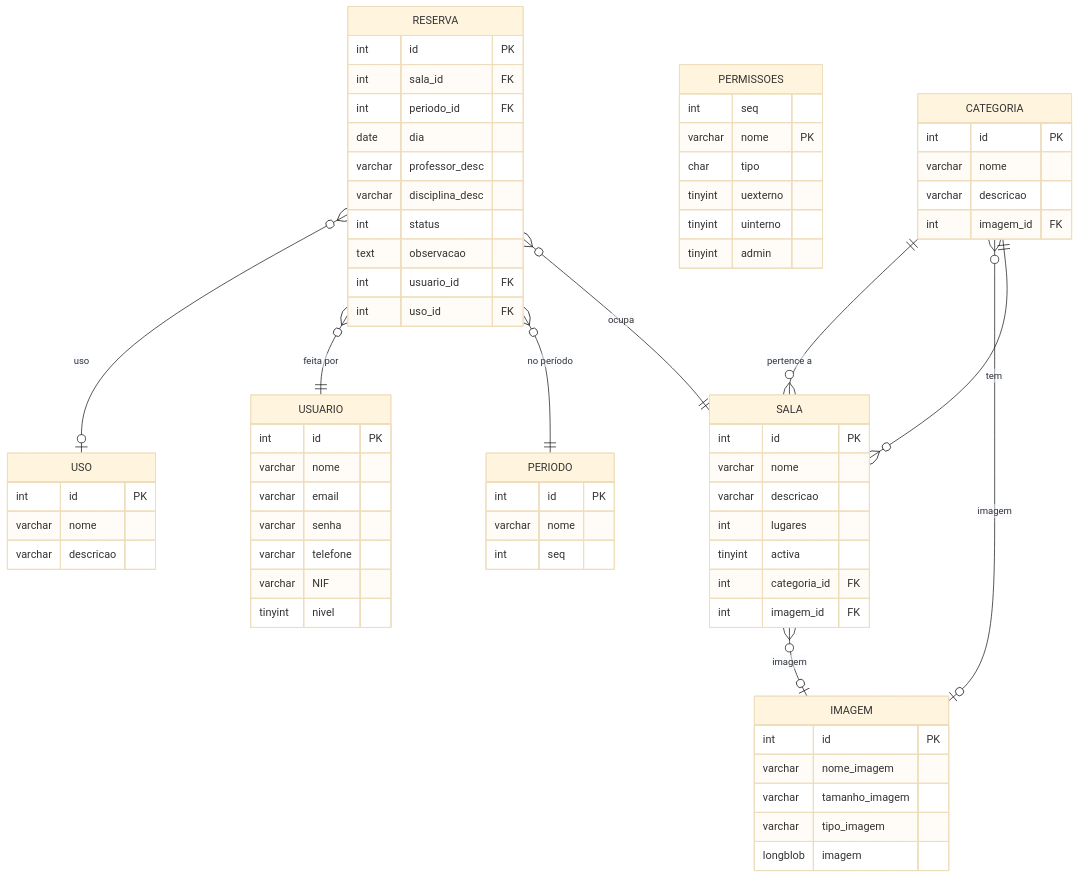
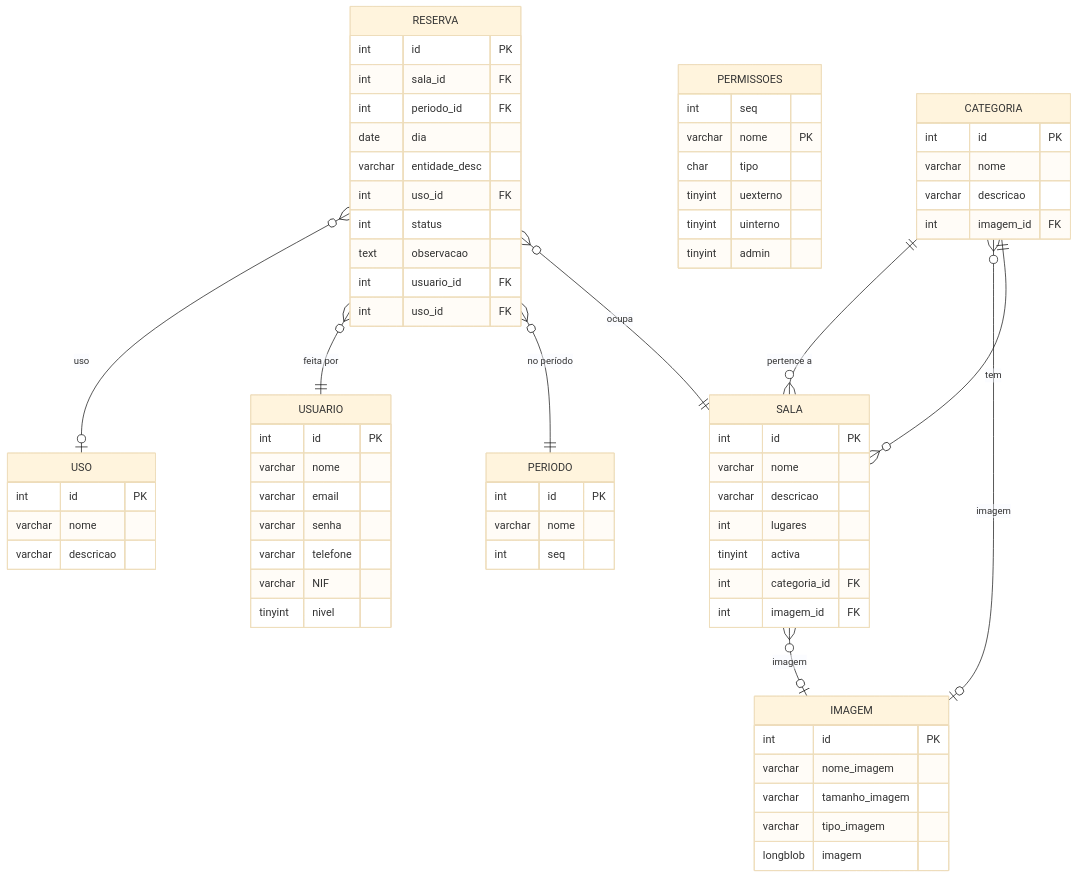
The diagram in docs/er-diagram.md (Joao-Ledo-Fonseca/salas), drawn with Mermaid (base theme) before and after one commit. The commit also changed 78 other files, not shown here.

````diff
--- a/docs/er-diagram.md
+++ b/docs/er-diagram.md
@@ -5,73 +5,73 @@
 ```mermaid
 erDiagram
     CATEGORIA {
         int id PK
         varchar nome
         varchar descricao
         int imagem_id FK
     }
     IMAGEM {
         int id PK
         varchar nome_imagem
         varchar tamanho_imagem
         varchar tipo_imagem
         longblob imagem
     }
     PERIODO {
         int id PK
         varchar nome
         int seq
     }
     SALA {
         int id PK
         varchar nome
         varchar descricao
         int lugares
         tinyint activa
         int categoria_id FK
         int imagem_id FK
     }
     USUARIO {
         int id PK
         varchar nome
         varchar email
         varchar senha
         varchar telefone
         varchar NIF
         tinyint nivel
     }
     PERMISSOES {
         int seq
         varchar nome PK
         char tipo
         tinyint uexterno
         tinyint uinterno
         tinyint admin
     }
     USO {
         int id PK
         varchar nome
         varchar descricao
     }
     RESERVA {
         int id PK
         int sala_id FK
         int periodo_id FK
         date dia
-        varchar professor_desc
-        varchar disciplina_desc
+        varchar entidade_desc
+        int uso_id FK
         int status
         text observacao
         int usuario_id FK
         int uso_id FK
     }
 
     CATEGORIA ||--o{ SALA : "tem"
     CATEGORIA }o--o| IMAGEM : "imagem"
     SALA }o--o| IMAGEM : "imagem"
     SALA }o--|| CATEGORIA : "pertence a"
     RESERVA }o--|| SALA : "ocupa"
     RESERVA }o--|| PERIODO : "no período"
     RESERVA }o--|| USUARIO : "feita por"
     RESERVA }o--o| USO : "uso"
 ```
````
